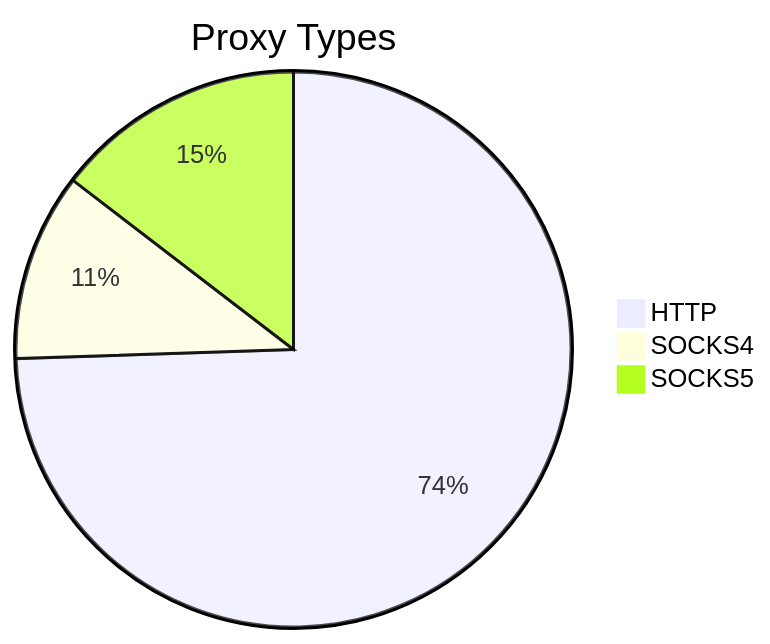
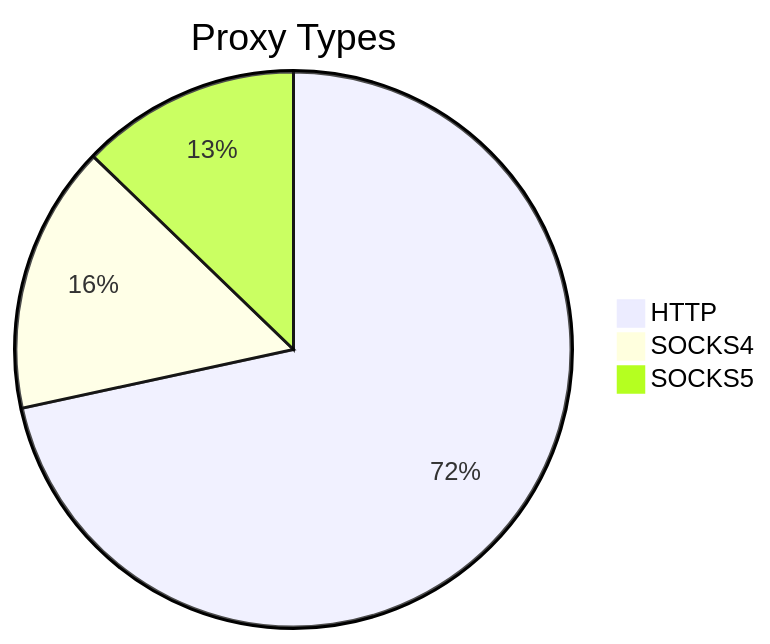
One commit to stormsia/proxy-list changed the first of 2 diagrams in README.md. Above: the diagram before and after it, drawn with Mermaid. The commit also changed other lines of this file, not shown here.

````diff
--- a/README.md
+++ b/README.md
@@ -21,6 +21,6 @@
 ```mermaid
 pie title Proxy Types
-    "HTTP" : 143
-    "SOCKS4" : 21
-    "SOCKS5" : 28
+    "HTTP" : 280
+    "SOCKS4" : 61
+    "SOCKS5" : 50
 ```
````
